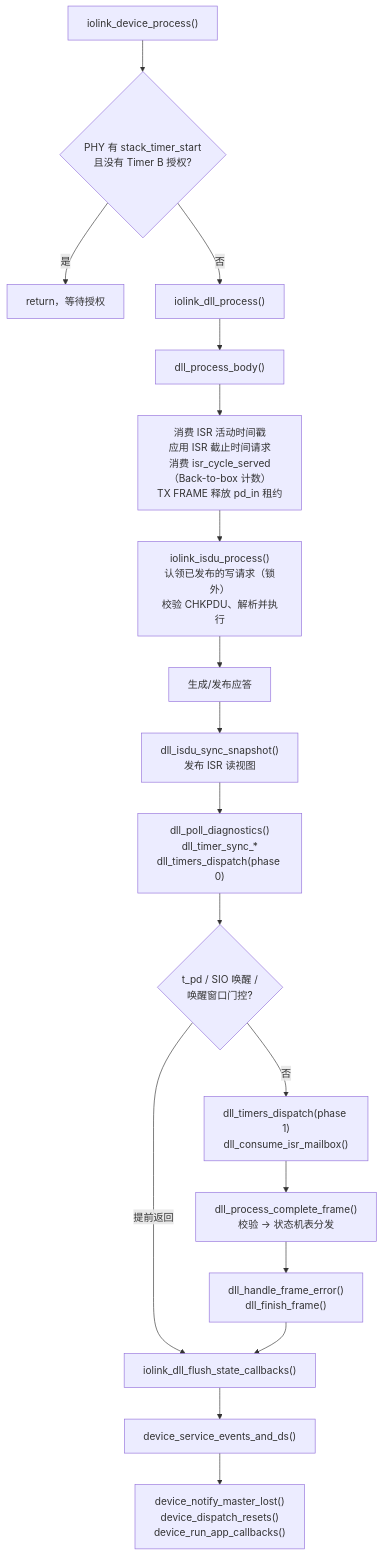
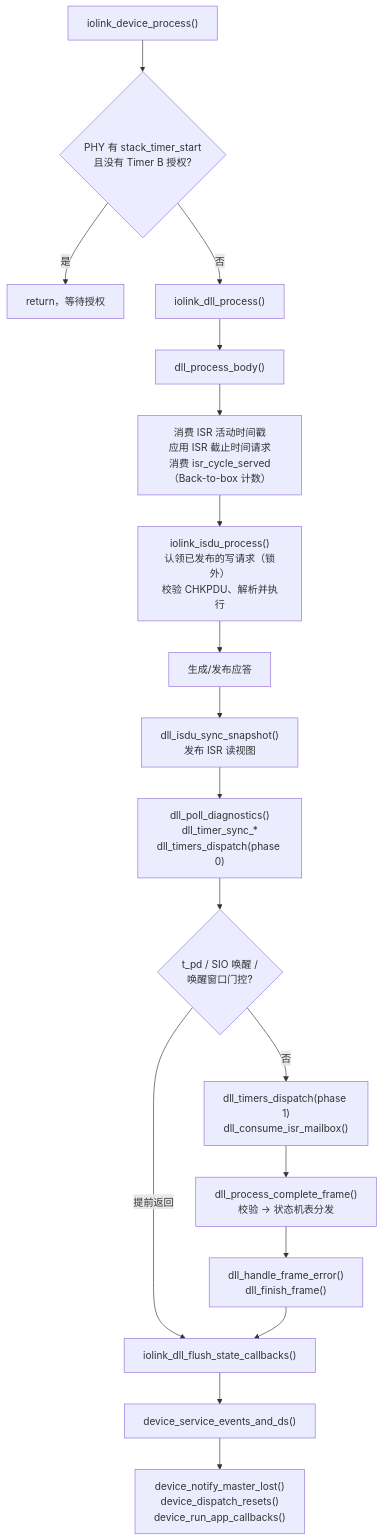
Before and after one commit to Adlyq/iolinki: the fifth of 17 diagrams in docs/CODE_FLOW.md, drawn with Mermaid. The commit also changed other lines of this file and 13 other files, not shown here.

````diff
--- a/docs/CODE_FLOW.md
+++ b/docs/CODE_FLOW.md
@@ -324,20 +324,20 @@
 ```mermaid
 flowchart TD
     A["iolink_device_process()"] --> B{"PHY 有 stack_timer_start<br/>且没有 Timer B 授权?"}
     B -- 是 --> Z["return，等待授权"]
     B -- 否 --> C["iolink_dll_process()"]
     C --> C1["dll_process_body()"]
-    C1 --> C2["消费 ISR 活动时间戳<br/>应用 ISR 截止时间请求<br/>消费 isr_cycle_served（Back-to-box 计数）<br/>TX FRAME 释放 pd_in 租约"]
+    C1 --> C2["消费 ISR 活动时间戳<br/>应用 ISR 截止时间请求<br/>消费 isr_cycle_served（Back-to-box 计数）"]
     C2 --> D["iolink_isdu_process()<br/>认领已发布的写请求（锁外）<br/>校验 CHKPDU、解析并执行"]
     D --> E["生成/发布应答"]
     E --> F["dll_isdu_sync_snapshot()<br/>发布 ISR 读视图"]
     F --> G["dll_poll_diagnostics()<br/>dll_timer_sync_*<br/>dll_timers_dispatch(phase 0)"]
     G --> G1{"t_pd / SIO 唤醒 /<br/>唤醒窗口门控?"}
     G1 -- 提前返回 --> H
     G1 -- 否 --> G2["dll_timers_dispatch(phase 1)<br/>dll_consume_isr_mailbox()"]
     G2 --> K["dll_process_complete_frame()<br/>校验 → 状态机表分发"]
     K --> K1["dll_handle_frame_error()<br/>dll_finish_frame()"]
     K1 --> H["iolink_dll_flush_state_callbacks()"]
     H --> L["device_service_events_and_ds()"]
     L --> M["device_notify_master_lost()<br/>device_dispatch_resets()<br/>device_run_app_callbacks()"]
 ```
````
